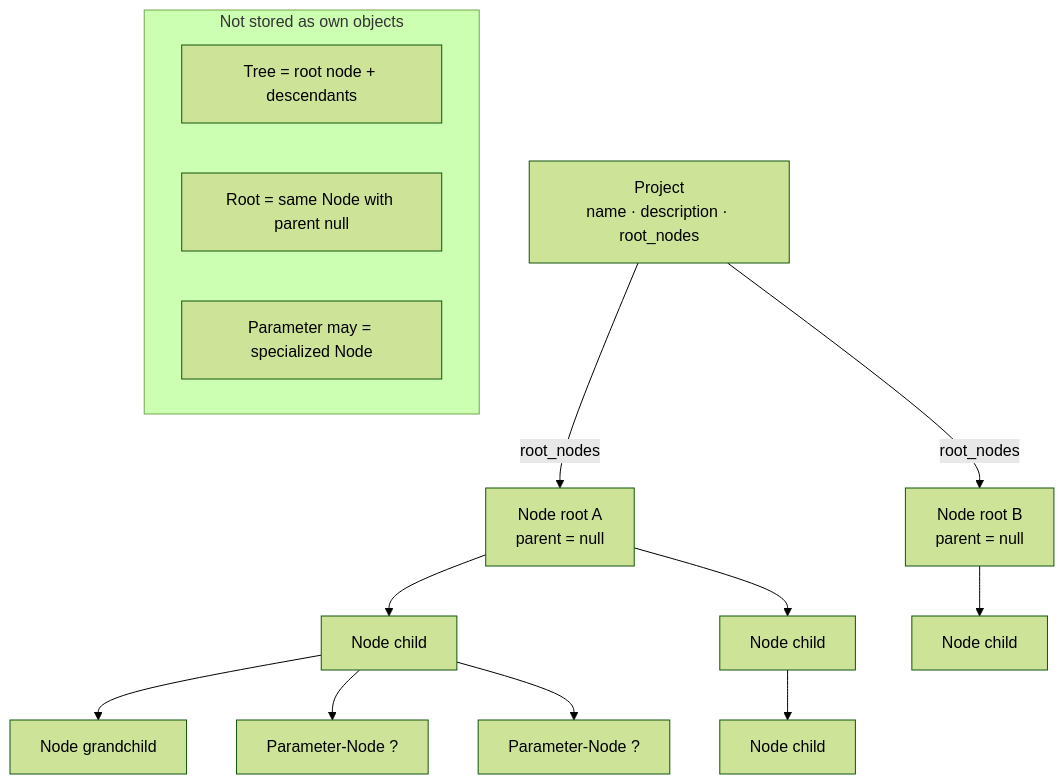
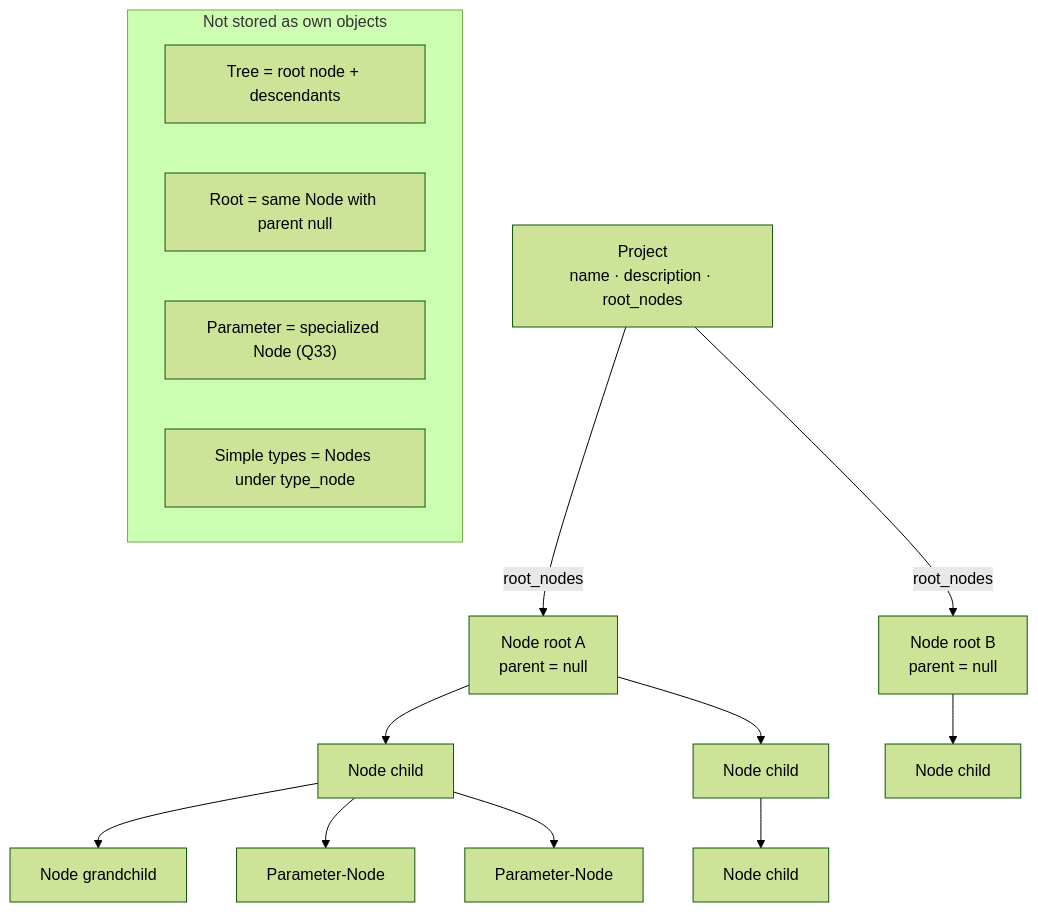
Before and after one commit to sfambach/wp-taxonomy-modeler: the second of 7 diagrams in docs/plans/data-structure.md, drawn with Mermaid (forest theme). The commit also changed other lines of this file and 7 other files, not shown here.

First line of the commit message:
docs: decide Q33 — Parameter is a tree Node

````diff
--- a/docs/plans/data-structure.md
+++ b/docs/plans/data-structure.md
@@ -216,22 +235,23 @@
 ```mermaid
 flowchart TB
   PR["Project<br/>name · description · root_nodes"]
 
   PR -->|root_nodes| R1["Node root A<br/>parent = null"]
   PR -->|root_nodes| R2["Node root B<br/>parent = null"]
 
   R1 --> C1["Node child"]
   R1 --> C2["Node child"]
   C1 --> G1["Node grandchild"]
   R2 --> C3["Node child"]
 
-  C1 --> P1["Parameter-Node ?"]
-  C1 --> P2["Parameter-Node ?"]
+  C1 --> P1["Parameter-Node"]
+  C1 --> P2["Parameter-Node"]
   C2 --> P3["Node child"]
 
   subgraph note["Not stored as own objects"]
     T["Tree = root node + descendants"]
     RN["Root = same Node with parent null"]
-    PN["Parameter may = specialized Node"]
+    PN["Parameter = specialized Node (Q33)"]
+    ST["Simple types = Nodes under type_node"]
   end
 ```
````
